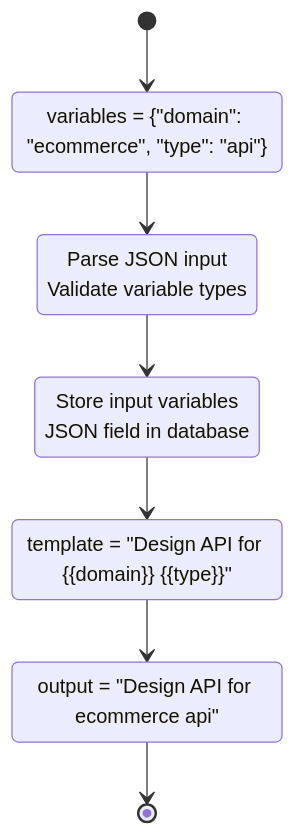
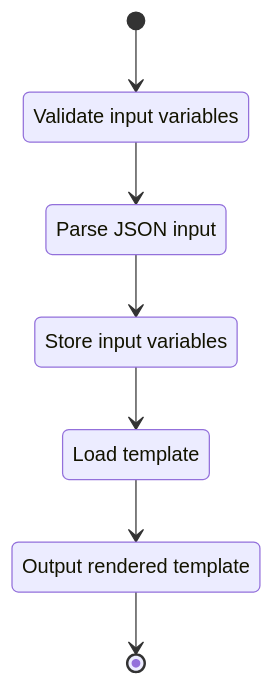
One commit to shennawardana23/mcp-go-py changed the eighth of 18 diagrams in documents/flow-control.md. Above: the diagram before and after it, drawn with Mermaid. The commit also changed other lines of this file, not shown here.

Commit message:
:wrench: fix document flow-control

````diff
--- a/documents/flow-control.md
+++ b/documents/flow-control.md
@@ -248,15 +276,15 @@
 ```mermaid
 stateDiagram-v2
     [*] --> InputValidation
     InputValidation --> VariableParsing
     VariableParsing --> DatabaseStorage
     DatabaseStorage --> TemplateProcessing
     TemplateProcessing --> ResponseGeneration
     ResponseGeneration --> [*]
 
-    InputValidation : variables = {"domain": "ecommerce", "type": "api"}
-    VariableParsing : Parse JSON input<br/>Validate variable types
-    DatabaseStorage : Store input variables<br/>JSON field in database
-    TemplateProcessing : template = "Design API for {{domain}} {{type}}"
-    ResponseGeneration : output = "Design API for ecommerce api"
+    InputValidation : Validate input variables
+    VariableParsing : Parse JSON input
+    DatabaseStorage : Store input variables
+    TemplateProcessing : Load template
+    ResponseGeneration : Output rendered template
 ```
````
